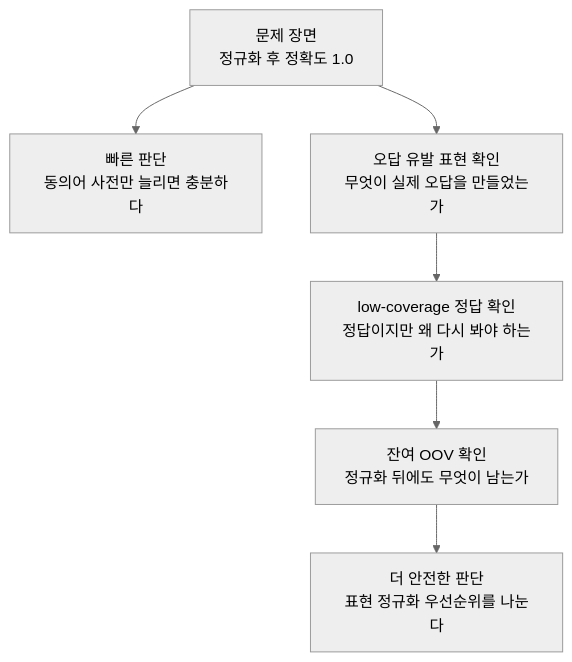
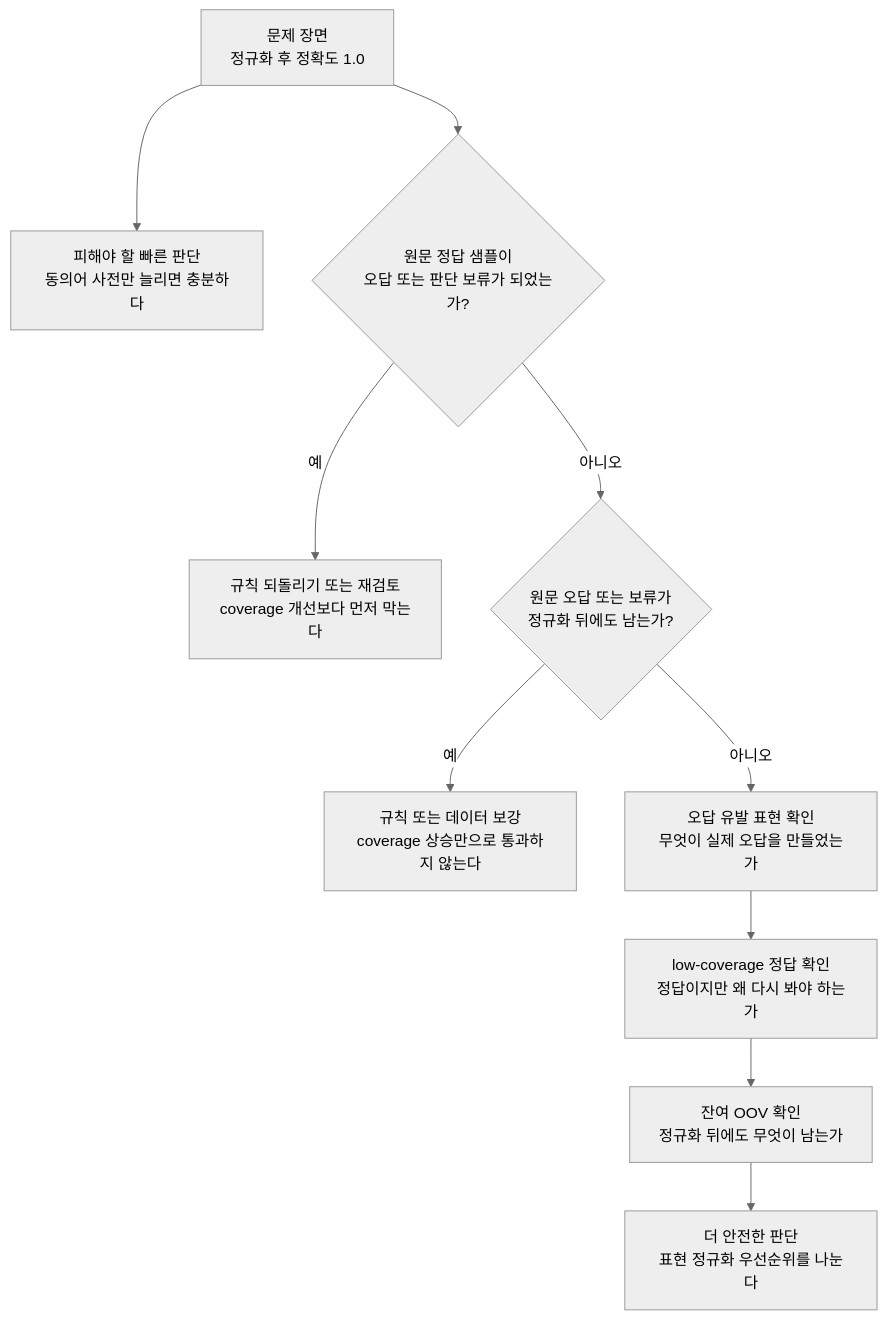
One commit to devchan64/AiBook changed the diagram in docs/assets/part-07/chapter-04/p7-4-3-normalization-case-flow-ko.mmd. Above: the diagram before and after it, drawn with Mermaid (neutral theme). The commit also changed 2 other files, not shown here.

Commit message:
P7-4.3 정규화 검토 기준 보강

```diff
--- a/docs/assets/part-07/chapter-04/p7-4-3-normalization-case-flow-ko.mmd
+++ b/docs/assets/part-07/chapter-04/p7-4-3-normalization-case-flow-ko.mmd
@@ -1,10 +1,18 @@
 flowchart TD
   A["문제 장면<br/>정규화 후 정확도 1.0"]
-  B["빠른 판단<br/>동의어 사전만 늘리면 충분하다"]
-  C["오답 유발 표현 확인<br/>무엇이 실제 오답을 만들었는가"]
-  D["low-coverage 정답 확인<br/>정답이지만 왜 다시 봐야 하는가"]
-  E["잔여 OOV 확인<br/>정규화 뒤에도 무엇이 남는가"]
-  F["더 안전한 판단<br/>표현 정규화 우선순위를 나눈다"]
+  B["피해야 할 빠른 판단<br/>동의어 사전만 늘리면 충분하다"]
+  C{"원문 정답 샘플이<br/>오답 또는 판단 보류가 되었는가?"}
+  D["규칙 되돌리기 또는 재검토<br/>coverage 개선보다 먼저 막는다"]
+  E{"원문 오답 또는 보류가<br/>정규화 뒤에도 남는가?"}
+  F["규칙 또는 데이터 보강<br/>coverage 상승만으로 통과하지 않는다"]
+  G["오답 유발 표현 확인<br/>무엇이 실제 오답을 만들었는가"]
+  H["low-coverage 정답 확인<br/>정답이지만 왜 다시 봐야 하는가"]
+  I["잔여 OOV 확인<br/>정규화 뒤에도 무엇이 남는가"]
+  J["더 안전한 판단<br/>표현 정규화 우선순위를 나눈다"]
 
   A --> B
-  A --> C --> D --> E --> F
+  A --> C
+  C -->|예| D
+  C -->|아니오| E
+  E -->|예| F
+  E -->|아니오| G --> H --> I --> J
```
